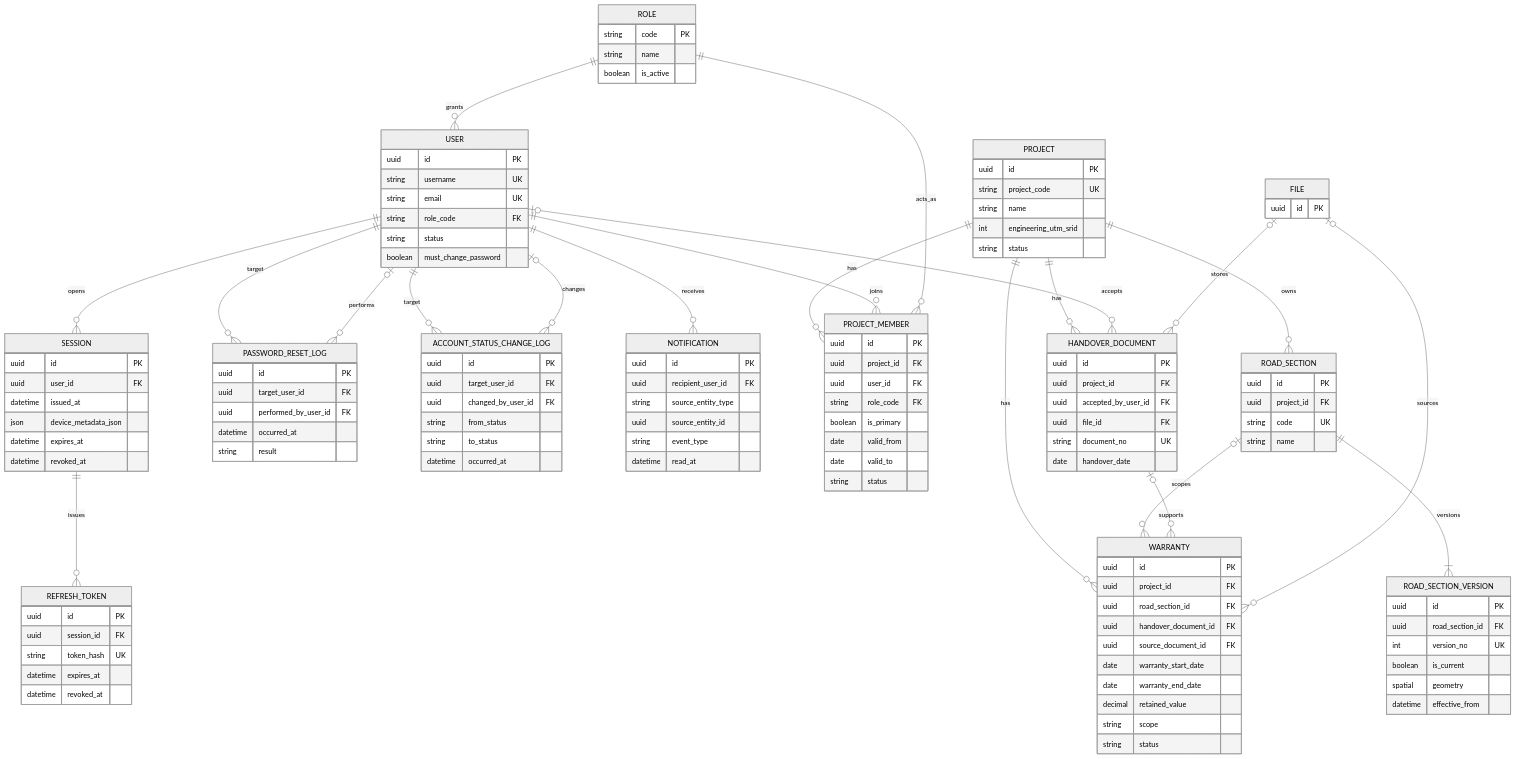
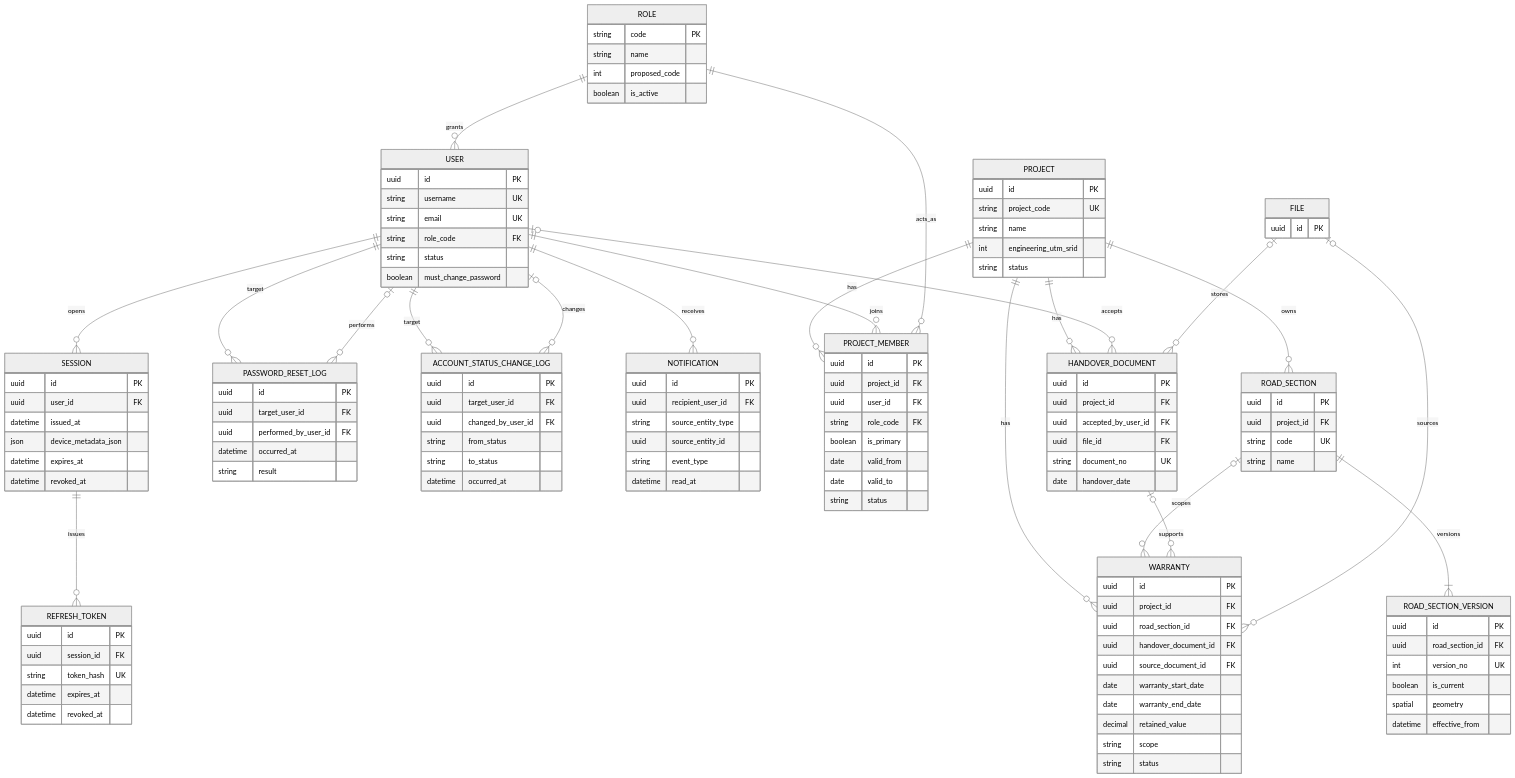
One commit to HoangAnhVu2207/RoadGuardSystem changed the third of 9 diagrams in docs/diagram/RoadGuard_ERD_v1.md. Above: the diagram before and after it, drawn with Mermaid (neutral theme). The commit also changed other lines of this file and 332 other files, not shown here.

```diff
--- a/docs/diagram/RoadGuard_ERD_v1.md
+++ b/docs/diagram/RoadGuard_ERD_v1.md
@@ -235,6 +403,7 @@
     ROLE {
         string code PK
         string name
+        int proposed_code
         boolean is_active
     }
     USER {
```
